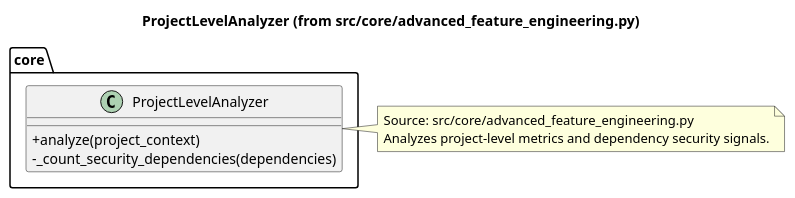
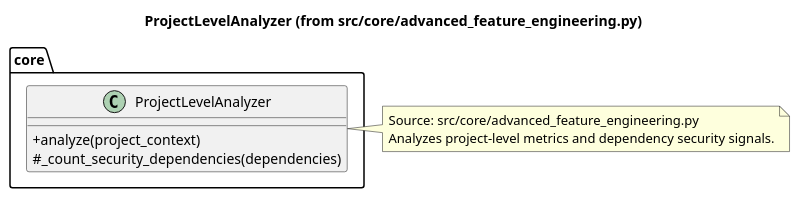
Before and after one commit to scweeks/bean_vulnerable: the diagram in docs/UML/Source/core/advanced_feature_engineering-ProjectLevelAnalyzer.puml, drawn with PlantUML. The commit also changed 5 other files, not shown here.

```diff
--- a/docs/UML/Source/core/advanced_feature_engineering-ProjectLevelAnalyzer.puml
+++ b/docs/UML/Source/core/advanced_feature_engineering-ProjectLevelAnalyzer.puml
@@ -1,14 +1,14 @@
 @startuml ProjectLevelAnalyzer
 title ProjectLevelAnalyzer (from src/core/advanced_feature_engineering.py)
 skinparam classAttributeIconSize 0
 package core {
   class ProjectLevelAnalyzer {
     + analyze(project_context)
-    - _count_security_dependencies(dependencies)
+    # _count_security_dependencies(dependencies)
   }
 }
 note right of ProjectLevelAnalyzer
 Source: src/core/advanced_feature_engineering.py
 Analyzes project-level metrics and dependency security signals.
 end note
 @enduml
```
